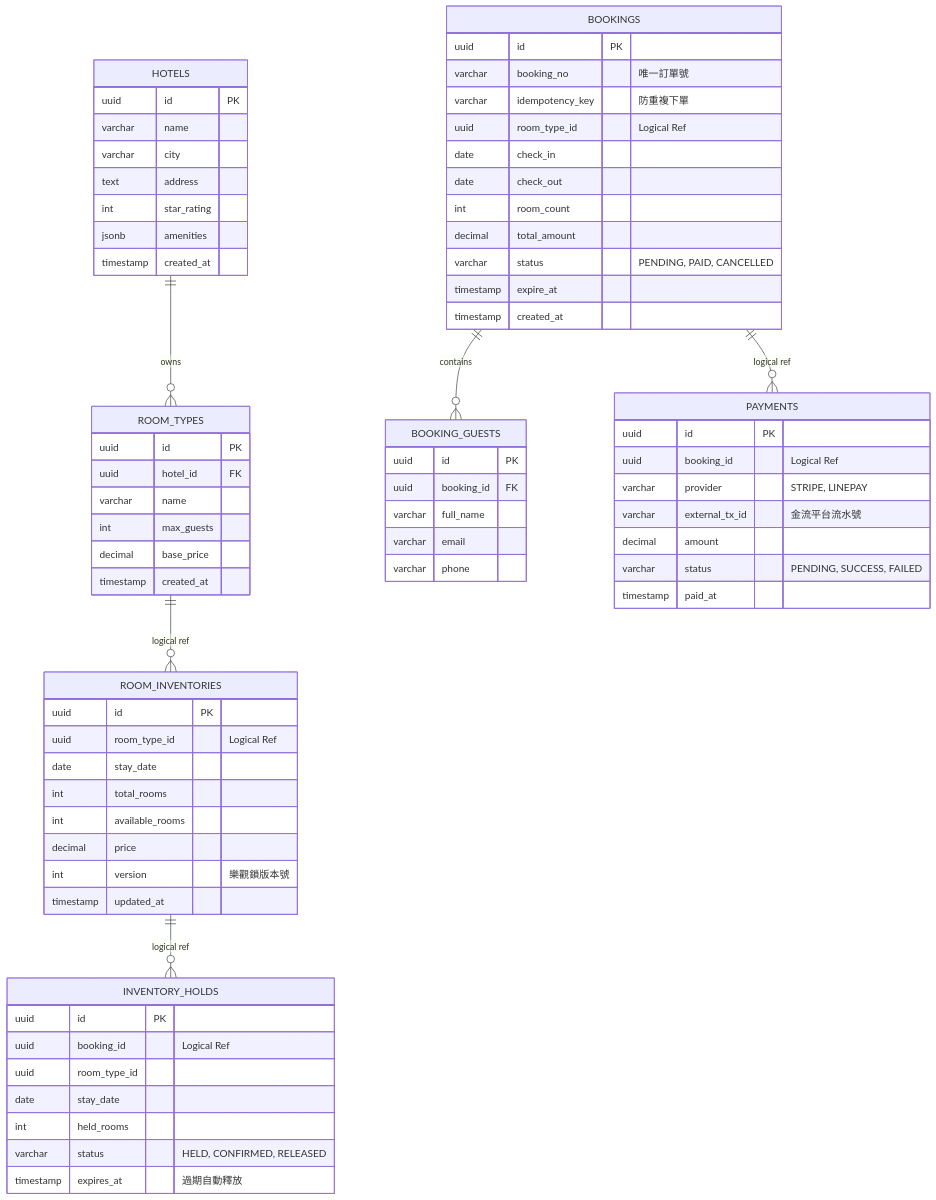
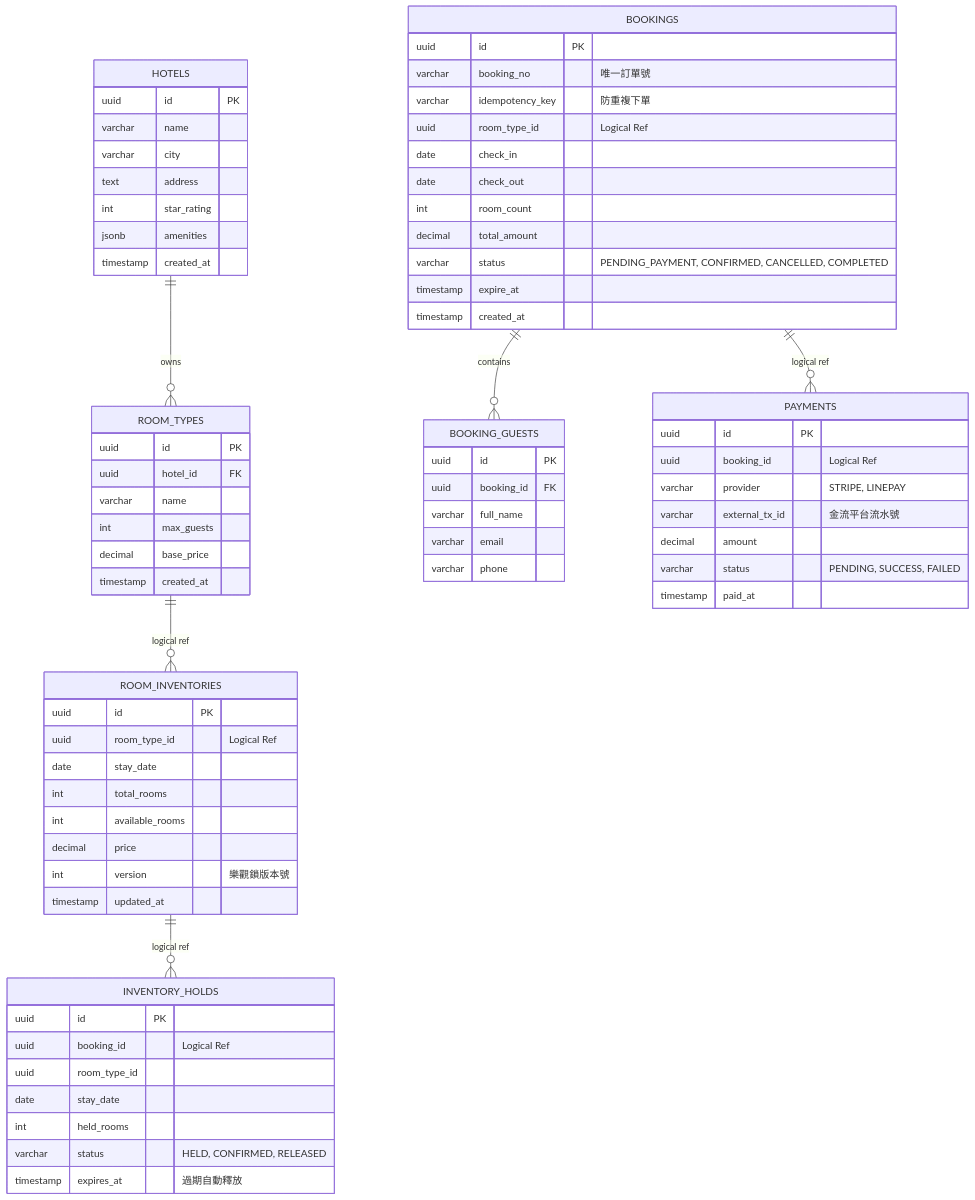
One commit to WeiWayne1030/Hotel_Booking_Platform changed the diagram in docs/database-design.md. Above: the diagram before and after it, drawn with Mermaid. The commit also changed other lines of this file and 4 other files, not shown here.

````diff
--- a/docs/database-design.md
+++ b/docs/database-design.md
@@ -25,81 +25,81 @@
 ```mermaid
 erDiagram
     %% Catalog Module
     HOTELS ||--o{ ROOM_TYPES : "owns"
     HOTELS {
         uuid id PK
         varchar name
         varchar city
         text address
         int star_rating
         jsonb amenities
         timestamp created_at
     }
     ROOM_TYPES {
         uuid id PK
         uuid hotel_id FK
         varchar name
         int max_guests
         decimal base_price
         timestamp created_at
     }
 
     %% Inventory Module
     ROOM_TYPES ||--o{ ROOM_INVENTORIES : "logical ref"
     ROOM_INVENTORIES {
         uuid id PK
         uuid room_type_id "Logical Ref"
         date stay_date
         int total_rooms
         int available_rooms
         decimal price
         int version "樂觀鎖版本號"
         timestamp updated_at
     }
 
     ROOM_INVENTORIES ||--o{ INVENTORY_HOLDS : "logical ref"
     INVENTORY_HOLDS {
         uuid id PK
         uuid booking_id "Logical Ref"
         uuid room_type_id
         date stay_date
         int held_rooms
         varchar status "HELD, CONFIRMED, RELEASED"
         timestamp expires_at "過期自動釋放"
     }
 
     %% Booking Module
     BOOKINGS ||--o{ BOOKING_GUESTS : "contains"
     BOOKINGS {
         uuid id PK
         varchar booking_no "唯一訂單號"
         varchar idempotency_key "防重複下單"
         uuid room_type_id "Logical Ref"
         date check_in
         date check_out
         int room_count
         decimal total_amount
-        varchar status "PENDING, PAID, CANCELLED"
+        varchar status "PENDING_PAYMENT, CONFIRMED, CANCELLED, COMPLETED"
         timestamp expire_at
         timestamp created_at
     }
     BOOKING_GUESTS {
         uuid id PK
         uuid booking_id FK
         varchar full_name
         varchar email
         varchar phone
     }
 
     %% Payment Module
     BOOKINGS ||--o{ PAYMENTS : "logical ref"
     PAYMENTS {
         uuid id PK
         uuid booking_id "Logical Ref"
         varchar provider "STRIPE, LINEPAY"
         varchar external_tx_id "金流平台流水號"
         decimal amount
         varchar status "PENDING, SUCCESS, FAILED"
         timestamp paid_at
     }
 ```
````
